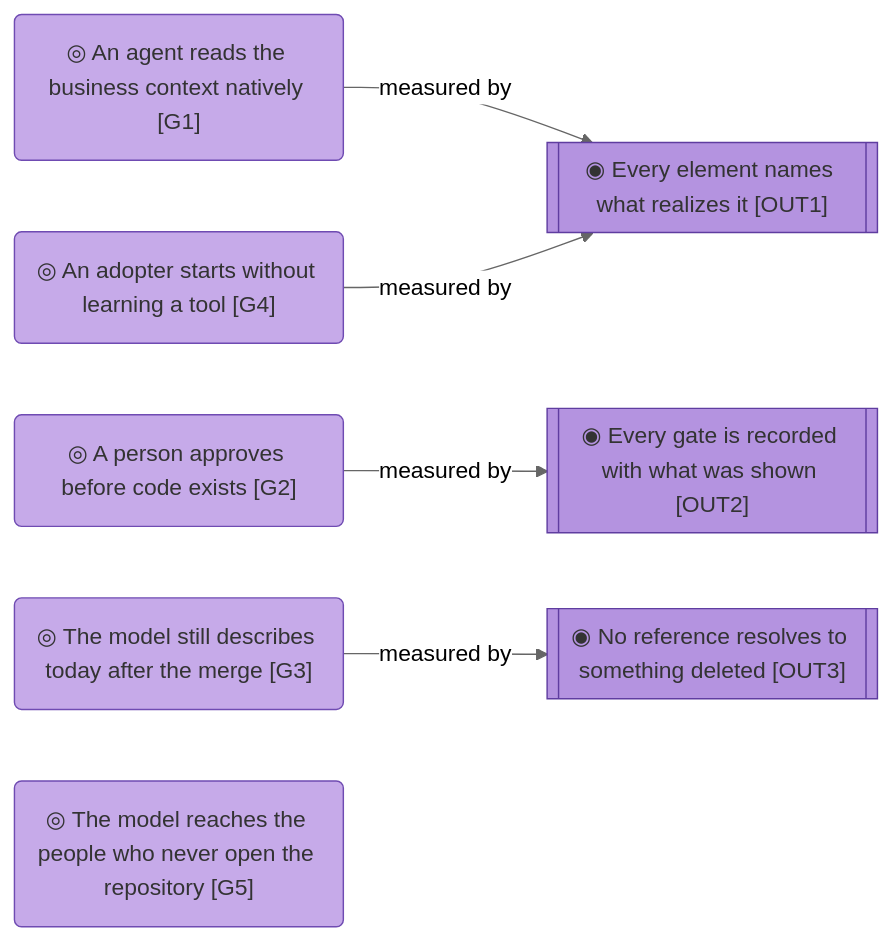
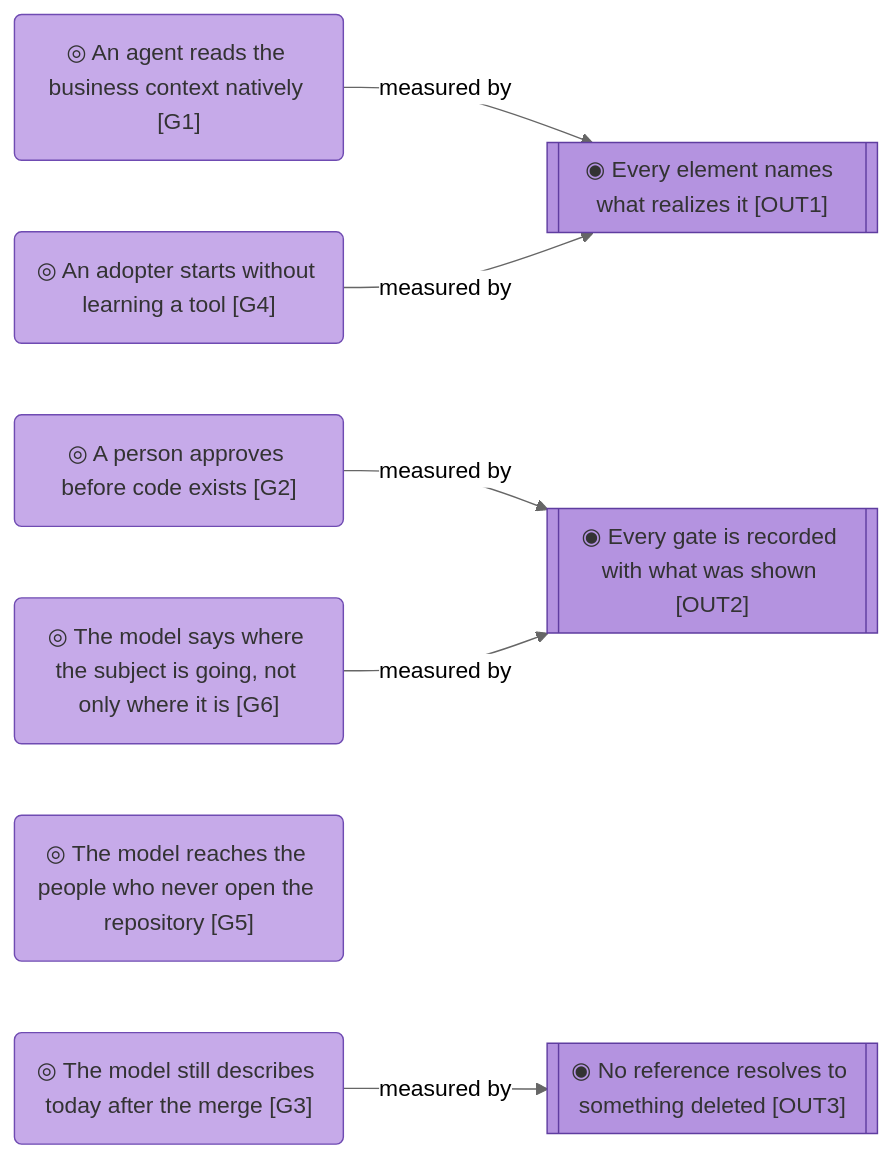
One commit to roanboc/architecture-archreator changed the fourth of 4 diagrams in product-archreator/architecture/1_strategy/1_motivation.md. Above: the diagram before and after it, drawn with Mermaid (neutral theme). The commit also changed other lines of this file and 15 other files, not shown here.

````diff
--- a/product-archreator/architecture/1_strategy/1_motivation.md
+++ b/product-archreator/architecture/1_strategy/1_motivation.md
@@ -128,20 +134,22 @@
 ```mermaid
 flowchart LR
   g1("◎ An agent reads the business context natively [G1]"):::goal
   g2("◎ A person approves before code exists [G2]"):::goal
   g3("◎ The model still describes today after the merge [G3]"):::goal
   g4("◎ An adopter starts without learning a tool [G4]"):::goal
   g5("◎ The model reaches the people who never open the repository [G5]"):::goal
+  g6("◎ The model says where the subject is going, not only where it is [G6]"):::goal
 
   out1[["◉ Every element names what realizes it [OUT1]"]]:::outcome
   out2[["◉ Every gate is recorded with what was shown [OUT2]"]]:::outcome
   out3[["◉ No reference resolves to something deleted [OUT3]"]]:::outcome
 
   g1 -->|measured by| out1
   g2 -->|measured by| out2
   g3 -->|measured by| out3
   g4 -->|measured by| out1
+  g6 -->|measured by| out2
 
   classDef goal fill:#c6aae9,stroke:#6f4bb2,color:#333
   classDef outcome fill:#b493e0,stroke:#5f3da0,color:#333
 ```
````
